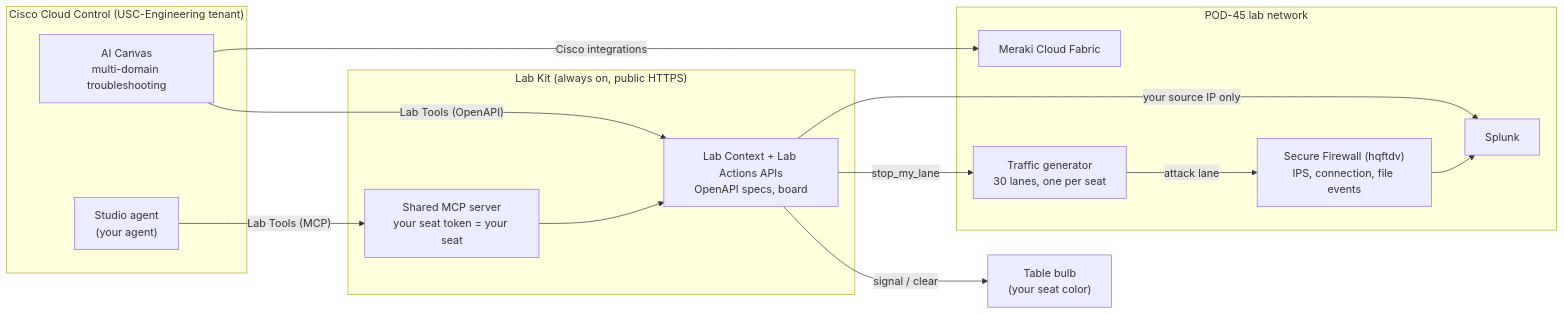
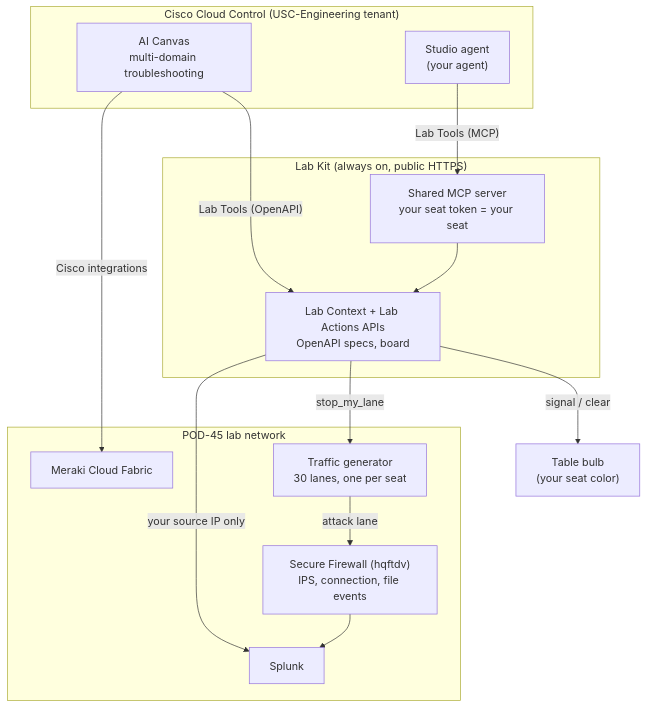
Before and after one commit to mokuma56/cloud-control-agent-lab-guide: the diagram in docs/index.md, drawn with Mermaid.

Commit message:
Architecture diagram: top-to-bottom layout for readability

````diff
--- a/docs/index.md
+++ b/docs/index.md
@@ -22,25 +22,25 @@
 ```mermaid
-flowchart LR
+flowchart TB
   subgraph CC["Cisco Cloud Control (USC-Engineering tenant)"]
     Canvas["AI Canvas<br/>multi-domain troubleshooting"]
     Studio["Studio agent<br/>(your agent)"]
   end
   subgraph Kit["Lab Kit (always on, public HTTPS)"]
     Broker["Lab Context + Lab Actions APIs<br/>OpenAPI specs, board"]
     MCP["Shared MCP server<br/>your seat token = your seat"]
   end
   subgraph Pod["POD-45 lab network"]
     Meraki["Meraki Cloud Fabric"]
     FTD["Secure Firewall (hqftdv)<br/>IPS, connection, file events"]
     Splunk["Splunk"]
     Gen["Traffic generator<br/>30 lanes, one per seat"]
   end
   Canvas -- "Cisco integrations" --> Meraki
   Canvas -- "Lab Tools (OpenAPI)" --> Broker
   Studio -- "Lab Tools (MCP)" --> MCP --> Broker
   Broker -- "your source IP only" --> Splunk
   FTD --> Splunk
   Gen -- "attack lane" --> FTD
   Broker -- "stop_my_lane" --> Gen
   Broker -- "signal / clear" --> Bulb["Table bulb<br/>(your seat color)"]
 ```
````
